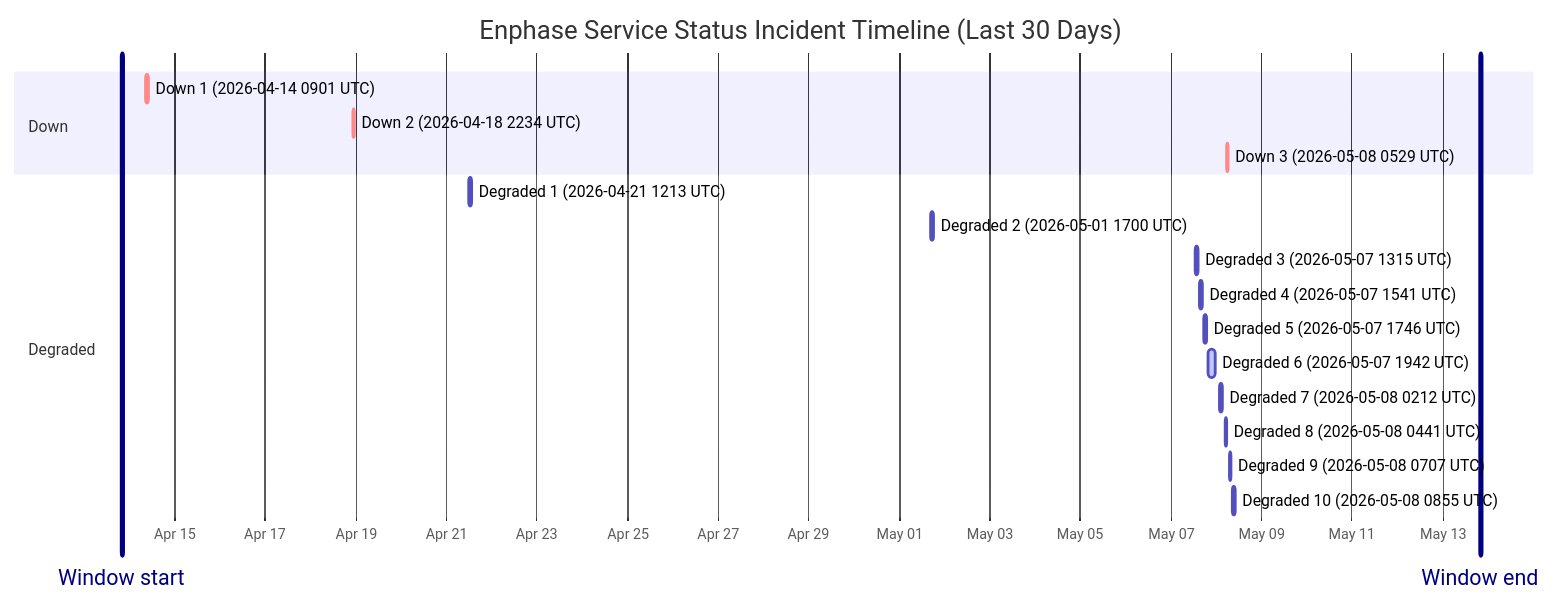
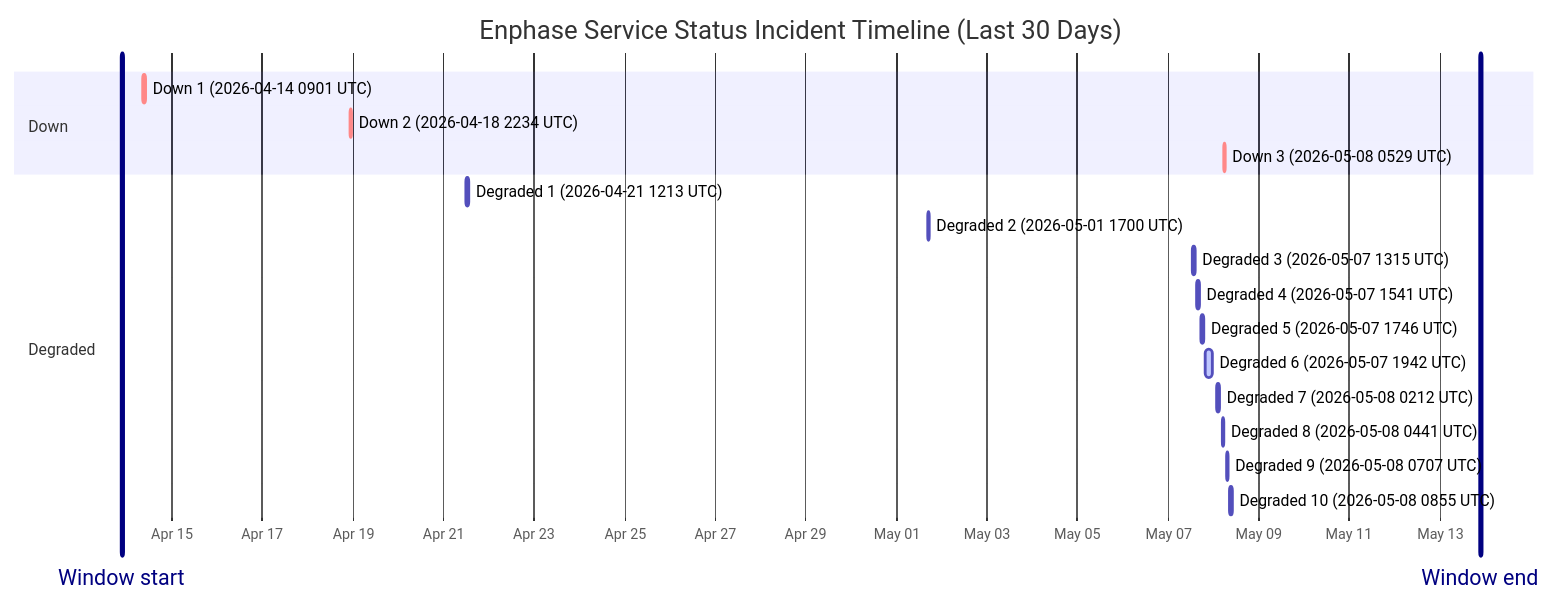
One commit to barneyonline/ha-enphase-ev-charger changed the diagram in wiki/Service-Status-History.md. Above: the diagram before and after it, drawn with Mermaid. The commit also changed other lines of this file and 3 other files, not shown here.

````diff
--- a/wiki/Service-Status-History.md
+++ b/wiki/Service-Status-History.md
@@ -14,23 +14,23 @@
 ```mermaid
 gantt
     title Enphase Service Status Incident Timeline (Last 30 Days)
     dateFormat  YYYY-MM-DDTHH:mm:ss
     axisFormat  %b %d
-    Window start :vert, window-start, 2026-04-13T19:53:15, 0ms
-    Window end :vert, window-end, 2026-05-13T19:53:15, 0ms
+    Window start :vert, window-start, 2026-04-13T21:25:29, 0ms
+    Window end :vert, window-end, 2026-05-13T21:25:29, 0ms
     section Down
     Down 1 (2026-04-14 0901 UTC) :crit, down-1, 2026-04-14T09:01:13, 60m
     Down 2 (2026-04-18 2234 UTC) :crit, down-2, 2026-04-18T22:34:13, 60m
     Down 3 (2026-05-08 0529 UTC) :crit, down-3, 2026-05-08T05:29:47, 60m
     section Degraded
     Degraded 1 (2026-04-21 1213 UTC) :active, degraded-1, 2026-04-21T12:13:11, 60m
     Degraded 2 (2026-05-01 1700 UTC) :active, degraded-2, 2026-05-01T17:00:22, 60m
     Degraded 3 (2026-05-07 1315 UTC) :active, degraded-3, 2026-05-07T13:15:25, 60m
     Degraded 4 (2026-05-07 1541 UTC) :active, degraded-4, 2026-05-07T15:41:58, 60m
     Degraded 5 (2026-05-07 1746 UTC) :active, degraded-5, 2026-05-07T17:46:51, 60m
     Degraded 6 (2026-05-07 1942 UTC) :active, degraded-6, 2026-05-07T19:42:10, 249m
     Degraded 7 (2026-05-08 0212 UTC) :active, degraded-7, 2026-05-08T02:12:39, 60m
     Degraded 8 (2026-05-08 0441 UTC) :active, degraded-8, 2026-05-08T04:41:46, 60m
     Degraded 9 (2026-05-08 0707 UTC) :active, degraded-9, 2026-05-08T07:07:30, 60m
     Degraded 10 (2026-05-08 0855 UTC) :active, degraded-10, 2026-05-08T08:55:20, 88m
 ```
````
